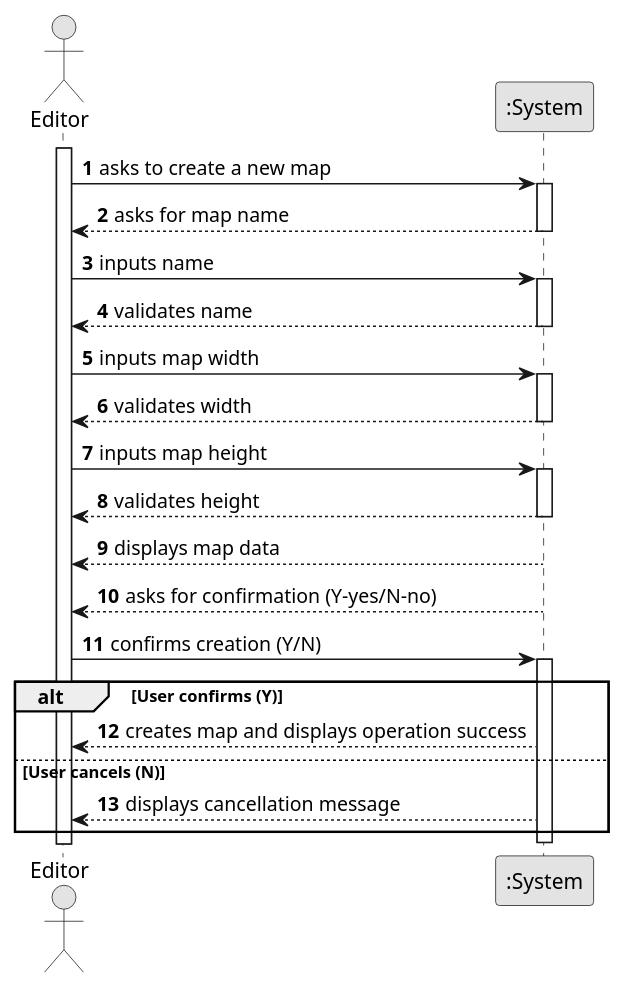
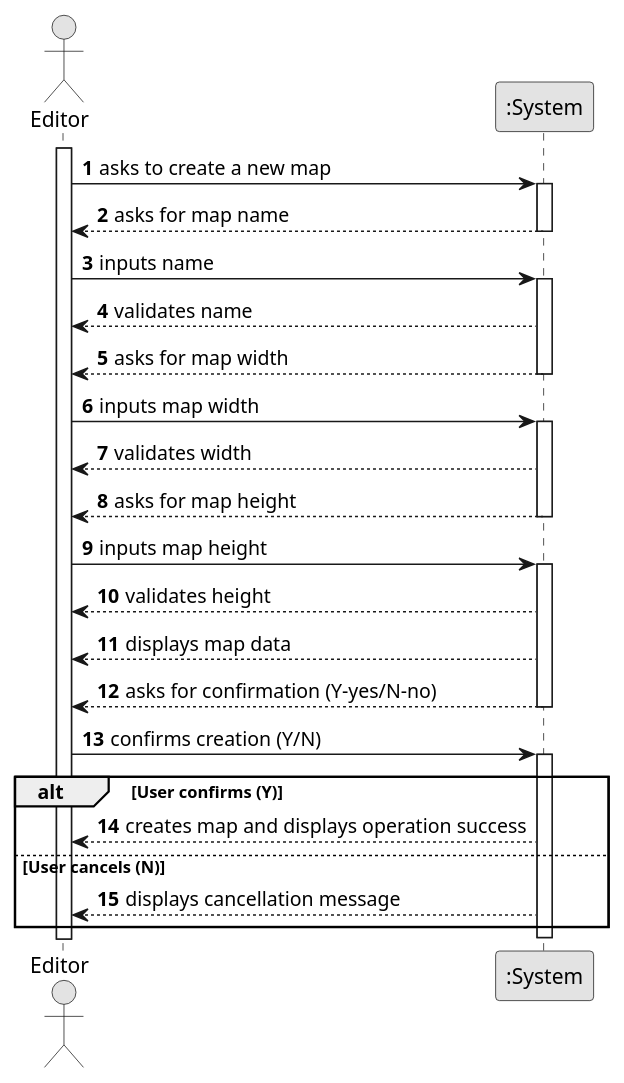
The diagram in docs/system-documentation/US001/01.requirements-engineering/puml/US001-SSD.puml (bruno-monteiro5/sem2-pi-24.25-g132-repo), drawn with PlantUML before and after one commit. The commit also changed 10 other files, not shown here.

```diff
--- a/docs/system-documentation/US001/01.requirements-engineering/puml/US001-SSD.puml
+++ b/docs/system-documentation/US001/01.requirements-engineering/puml/US001-SSD.puml
@@ -1,48 +1,48 @@
 @startuml
 skinparam monochrome true
 skinparam packageStyle rectangle
 skinparam shadowing false
 
 autonumber
 
 actor "Editor" as Editor
 participant ":System" as System
 
 activate Editor
 
     Editor -> System : asks to create a new map
     activate System
 
         System --> Editor : asks for map name
     deactivate System
 
     Editor -> System : inputs name
     activate System
-
         System --> Editor : validates name
+        System --> Editor : asks for map width
     deactivate System
 
     Editor -> System : inputs map width
     activate System
         System --> Editor : validates width
+        System --> Editor : asks for map height
     deactivate System
 
     Editor -> System : inputs map height
     activate System
         System --> Editor : validates height
+        System --> Editor : displays map data
+        System --> Editor : asks for confirmation (Y-yes/N-no)
     deactivate System
-
-    System --> Editor : displays map data
-    System --> Editor : asks for confirmation (Y-yes/N-no)
 
     Editor -> System : confirms creation (Y/N)
     activate System
 
     alt User confirms (Y)
         System --> Editor : creates map and displays operation success
     else User cancels (N)
         System --> Editor : displays cancellation message
     end
 
     deactivate System
 @enduml
```
